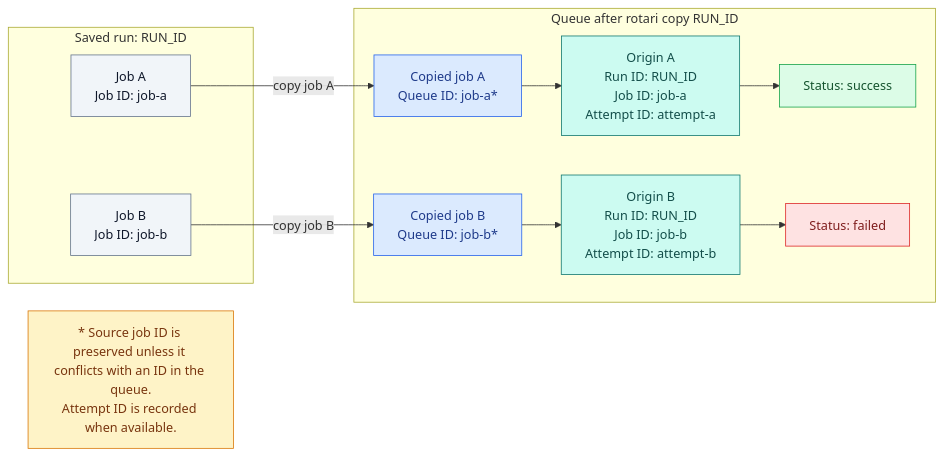
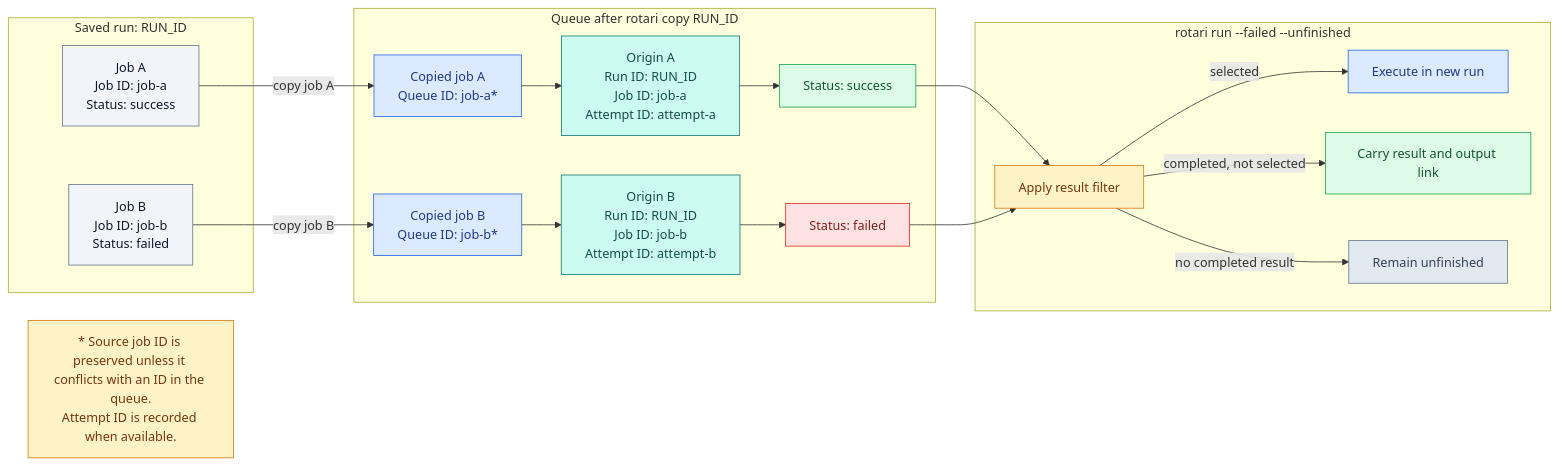
Before and after one commit to kamo-naoyuki/rotari: the first of 3 diagrams in docs/RUNNING.md, drawn with Mermaid. The commit also changed other lines of this file, not shown here.

Commit message:
docs: connect copied origins to filtered run

````diff
--- a/docs/RUNNING.md
+++ b/docs/RUNNING.md
@@ -166,38 +178,53 @@
 ```mermaid
 flowchart LR
   subgraph SavedRun["Saved run: RUN_ID"]
-    SourceA["Job A<br/>Job ID: job-a"]
-    SourceB["Job B<br/>Job ID: job-b"]
+    SourceA["Job A<br/>Job ID: job-a<br/>Status: success"]
+    SourceB["Job B<br/>Job ID: job-b<br/>Status: failed"]
   end
 
   subgraph CurrentQueue["Queue after rotari copy RUN_ID"]
     CopiedA["Copied job A<br/>Queue ID: job-a*"]
     OriginA["Origin A<br/>Run ID: RUN_ID<br/>Job ID: job-a<br/>Attempt ID: attempt-a"]
     StatusA["Status: success"]
     CopiedB["Copied job B<br/>Queue ID: job-b*"]
     OriginB["Origin B<br/>Run ID: RUN_ID<br/>Job ID: job-b<br/>Attempt ID: attempt-b"]
     StatusB["Status: failed"]
-    CopiedA --> OriginA
-    OriginA --> StatusA
-    CopiedB --> OriginB
-    OriginB --> StatusB
+    CopiedA --> OriginA --> StatusA
+    CopiedB --> OriginB --> StatusB
   end
 
   SourceA -->|"copy job A"| CopiedA
   SourceB -->|"copy job B"| CopiedB
+
+  subgraph NewRun["rotari run --failed --unfinished"]
+    Filter["Apply result filter"]
+    Filter -->|"selected"| Execute["Execute in new run"]
+    Filter -->|"completed, not selected"| Carry["Carry result and output link"]
+    Filter -->|"no completed result"| Unfinished["Remain unfinished"]
+  end
+  StatusA --> Filter
+  StatusB --> Filter
 
   Note["* Source job ID is preserved unless it conflicts with an ID in the queue.<br/>Attempt ID is recorded when available."]
 
   classDef source fill:#f1f5f9,stroke:#64748b,color:#0f172a
   classDef queue fill:#dbeafe,stroke:#2563eb,color:#1e3a8a
   classDef origin fill:#ccfbf1,stroke:#0f766e,color:#134e4a
+  classDef filter fill:#fef3c7,stroke:#d97706,color:#78350f
+  classDef execute fill:#dbeafe,stroke:#2563eb,color:#1e3a8a
+  classDef carried fill:#dcfce7,stroke:#16a34a,color:#14532d
+  classDef unfinished fill:#e2e8f0,stroke:#64748b,color:#334155
   classDef note fill:#fef3c7,stroke:#d97706,color:#78350f
   classDef success fill:#dcfce7,stroke:#16a34a,color:#14532d
   classDef failed fill:#fee2e2,stroke:#dc2626,color:#7f1d1d
   class SourceA,SourceB source
   class CopiedA,CopiedB queue
   class OriginA,OriginB origin
   class StatusA success
   class StatusB failed
   class Note note
+  class Filter filter
+  class Execute execute
+  class Carry carried
+  class Unfinished unfinished
 ```
````
